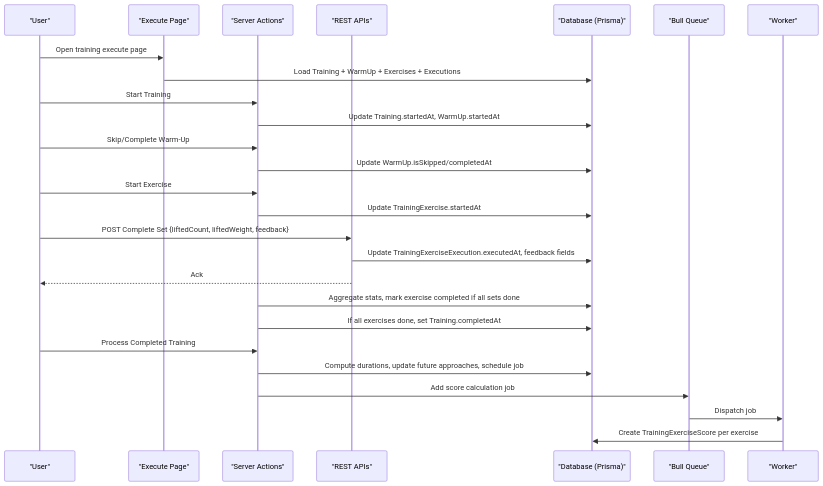
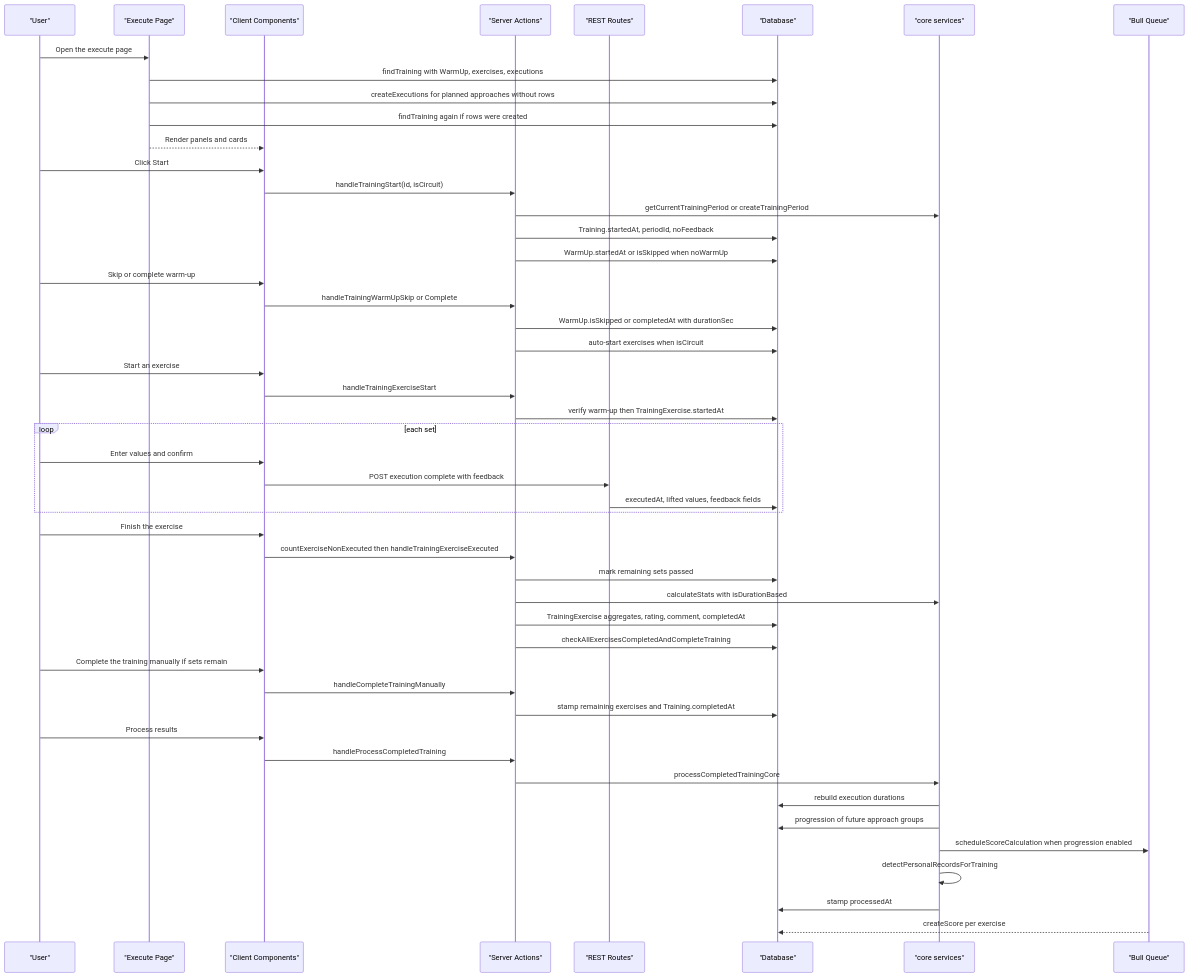
One commit to Dezzpil/meingym changed the second of 9 diagrams in .qoder/repowiki/en/content/Training Execution Flow.md. Above: the diagram before and after it, drawn with Mermaid. The commit also changed other lines of this file and 12 other files, not shown here.

````diff
--- a/.qoder/repowiki/en/content/Training Execution Flow.md
+++ b/.qoder/repowiki/en/content/Training Execution Flow.md
@@ -96,28 +174,51 @@
 ```mermaid
 sequenceDiagram
 participant U as "User"
 participant P as "Execute Page"
+participant C as "Client Components"
 participant A as "Server Actions"
-participant R as "REST APIs"
-participant D as "Database (Prisma)"
+participant R as "REST Routes"
+participant D as "Database"
+participant S as "core services"
 participant J as "Bull Queue"
-participant W as "Worker"
-U->>P : Open training execute page
-P->>D : Load Training + WarmUp + Exercises + Executions
-U->>A : Start Training
-A->>D : Update Training.startedAt, WarmUp.startedAt
-U->>A : Skip/Complete Warm-Up
-A->>D : Update WarmUp.isSkipped/completedAt
-U->>A : Start Exercise
-A->>D : Update TrainingExercise.startedAt
-U->>R : POST Complete Set {liftedCount, liftedWeight, feedback}
-R->>D : Update TrainingExerciseExecution.executedAt, feedback fields
-R-->>U : Ack
-A->>D : Aggregate stats, mark exercise completed if all sets done
-A->>D : If all exercises done, set Training.completedAt
-U->>A : Process Completed Training
-A->>D : Compute durations, update future approaches, schedule job
-A->>J : Add score calculation job
-J->>W : Dispatch job
-W->>D : Create TrainingExerciseScore per exercise
+U->>P : Open the execute page
+P->>D : findTraining with WarmUp, exercises, executions
+P->>D : createExecutions for planned approaches without rows
+P->>D : findTraining again if rows were created
+P-->>C : Render panels and cards
+U->>C : Click Start
+C->>A : handleTrainingStart(id, isCircuit)
+A->>S : getCurrentTrainingPeriod or createTrainingPeriod
+A->>D : Training.startedAt, periodId, noFeedback
+A->>D : WarmUp.startedAt or isSkipped when noWarmUp
+U->>C : Skip or complete warm-up
+C->>A : handleTrainingWarmUpSkip or Complete
+A->>D : WarmUp.isSkipped or completedAt with durationSec
+A->>D : auto-start exercises when isCircuit
+U->>C : Start an exercise
+C->>A : handleTrainingExerciseStart
+A->>D : verify warm-up then TrainingExercise.startedAt
+loop each set
+U->>C : Enter values and confirm
+C->>R : POST execution complete with feedback
+R->>D : executedAt, lifted values, feedback fields
+end
+U->>C : Finish the exercise
+C->>A : countExerciseNonExecuted then handleTrainingExerciseExecuted
+A->>D : mark remaining sets passed
+A->>S : calculateStats with isDurationBased
+A->>D : TrainingExercise aggregates, rating, comment, completedAt
+A->>D : checkAllExercisesCompletedAndCompleteTraining
+U->>C : Complete the training manually if sets remain
+C->>A : handleCompleteTrainingManually
+A->>D : stamp remaining exercises and Training.completedAt
+U->>C : Process results
+C->>A : handleProcessCompletedTraining
+A->>S : processCompletedTrainingCore
+S->>D : rebuild execution durations
+S->>D : progression of future approach groups
+S->>J : scheduleScoreCalculation when progression enabled
+S->>S : detectPersonalRecordsForTraining
+S->>D : stamp processedAt
+J-->>D : createScore per exercise
 ```
````
